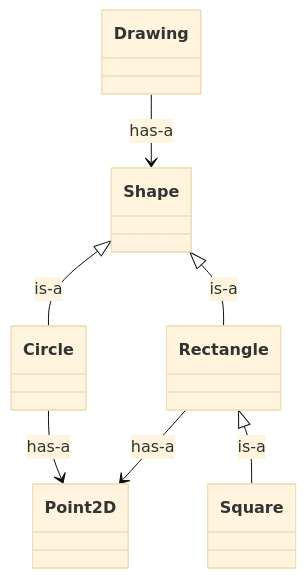
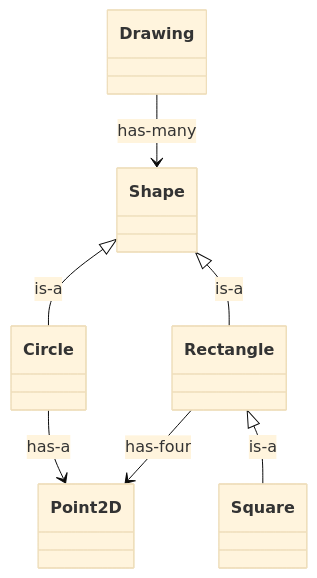
Before and after one commit to JuanIzquierdoDomenech/pra_gitbook_poo: the diagram in parte-2-jerarquia-de-dibujo-2d/README.md, drawn with Mermaid (base theme). The commit also changed 1 other file, not shown here.

Commit message:
GITBOOK-73: No subject

````diff
--- a/parte-2-jerarquia-de-dibujo-2d/README.md
+++ b/parte-2-jerarquia-de-dibujo-2d/README.md
@@ -39,18 +39,18 @@
 ```mermaid
 classDiagram
 
 class Point2D
 class Shape
 class Circle
 class Rectangle
 class Square
 class Drawing
 
 Shape <|-- Circle : is-a
 Shape <|-- Rectangle : is-a
 Rectangle <|-- Square : is-a
 
 Circle --> Point2D : has-a
-Rectangle --> Point2D : has-a
-Drawing --> Shape : has-a
+Rectangle --> Point2D : has-four
+Drawing --> Shape : has-many
 ```
````
